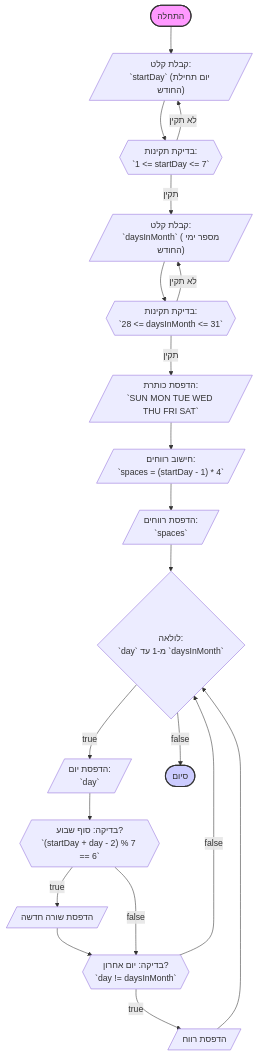
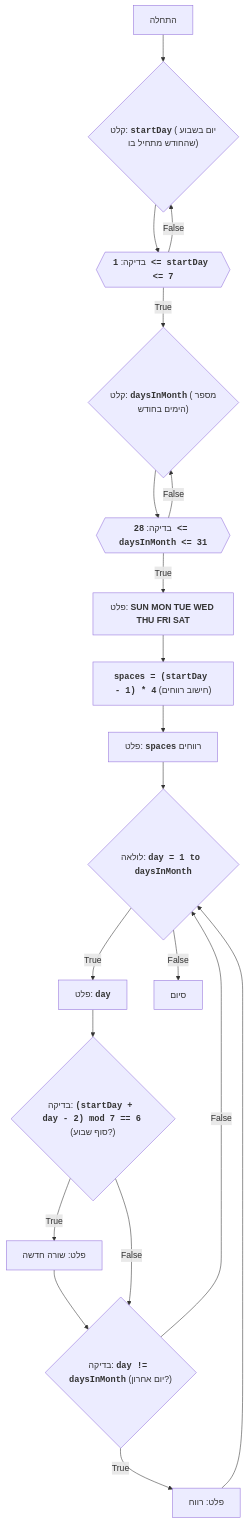
The diagram in docs/gemini/he/explainer/src/endpoints/ai_games/101_basic_computer_games/ru/GAMES/CALNDR/calndr.py.md (hypo69/hypo), drawn with Mermaid before and after one commit. The commit also changed other lines of this file and 885 other files, not shown here.

````diff
--- a/docs/gemini/he/explainer/src/endpoints/ai_games/101_basic_computer_games/ru/GAMES/CALNDR/calndr.py.md
+++ b/docs/gemini/he/explainer/src/endpoints/ai_games/101_basic_computer_games/ru/GAMES/CALNDR/calndr.py.md
@@ -35,28 +30,22 @@
 ```mermaid
 flowchart TD
-    Start(["התחלה"]) --> InputStartDay[/"קבלת קלט:\n`startDay` (יום תחילת החודש)"/]
-    InputStartDay --> ValidateStartDay{{"בדיקת תקינות:\n `1 <= startDay <= 7`"}}
-    ValidateStartDay -- "לא תקין" --> InputStartDay
-    ValidateStartDay -- "תקין" --> InputDaysInMonth[/"קבלת קלט:\n`daysInMonth` (מספר ימי החודש)"/]
-    InputDaysInMonth --> ValidateDaysInMonth{{"בדיקת תקינות:\n`28 <= daysInMonth <= 31`"}}
-    ValidateDaysInMonth -- "לא תקין" --> InputDaysInMonth
-    ValidateDaysInMonth -- "תקין" --> OutputWeekdays[/"הדפסת כותרת:\n`SUN MON TUE WED THU FRI SAT`"/]
-    OutputWeekdays --> CalculateSpaces[/"חישוב רווחים:\n`spaces = (startDay - 1) * 4`"/]
-    CalculateSpaces --> OutputSpaces[/"הדפסת רווחים:\n`spaces`"/]
-    OutputSpaces --> LoopStart{"לולאה: \n`day` מ-1 עד `daysInMonth`"}
-    LoopStart -- true --> OutputDay[/"הדפסת יום:\n`day`"/]
-    OutputDay --> CheckEndOfLine{{"בדיקה: סוף שבוע?\n`(startDay + day - 2) % 7 == 6`"}}
-    CheckEndOfLine -- true --> OutputNewline[/"הדפסת שורה חדשה"/]
-    OutputNewline --> CheckLastDay{{"בדיקה: יום אחרון?\n `day != daysInMonth`"}}
-    CheckEndOfLine -- false --> CheckLastDay
-    CheckLastDay -- true --> OutputSpace[/"הדפסת רווח"/]
+    Start["התחלה"] --> InputStartDay{"קלט: <code><b>startDay</b></code> (יום בשבוע שהחודש מתחיל בו)"}
+    InputStartDay --> ValidateStartDay{{"בדיקה: <code><b>1 <= startDay <= 7</b></code>"}}
+    ValidateStartDay -- True --> InputDaysInMonth{"קלט: <code><b>daysInMonth</b></code> (מספר הימים בחודש)"}
+    ValidateStartDay -- False --> InputStartDay
+    InputDaysInMonth --> ValidateDaysInMonth{{"בדיקה: <code><b>28 <= daysInMonth <= 31</b></code>"}}
+    ValidateDaysInMonth -- True --> OutputWeekdays["פלט: <b>SUN MON TUE WED THU FRI SAT</b>"]
+    ValidateDaysInMonth -- False --> InputDaysInMonth
+    OutputWeekdays --> CalculateSpaces["<code><b>spaces = (startDay - 1) * 4</b></code> (חישוב רווחים)"]
+    CalculateSpaces --> OutputSpaces["פלט: <code><b>spaces</b></code> רווחים"]
+    OutputSpaces --> LoopStart{"לולאה: <code><b>day = 1 to daysInMonth</b></code>"}
+    LoopStart -- True --> OutputDay["פלט: <code><b>day</b></code>"]
+    OutputDay --> CheckEndOfLine{"בדיקה: <code><b>(startDay + day - 2) mod 7 == 6</b></code> (סוף שבוע?)"}
+    CheckEndOfLine -- True --> OutputNewline["פלט: שורה חדשה"]
+    OutputNewline --> CheckLastDay{"בדיקה: <code><b>day != daysInMonth</b></code> (יום אחרון?)"}
+    CheckEndOfLine -- False --> CheckLastDay
+    CheckLastDay -- True --> OutputSpace["פלט: רווח"]
     OutputSpace --> LoopStart
-    CheckLastDay -- false --> LoopStart
-    LoopStart -- false --> End(["סיום"])
-    
-    
-    
-    
-style Start fill:#f9f,stroke:#333,stroke-width:2px
-style End fill:#ccf,stroke:#333,stroke-width:2px
+    CheckLastDay -- False --> LoopStart
+    LoopStart -- False --> End["סיום"]
 ```
````
